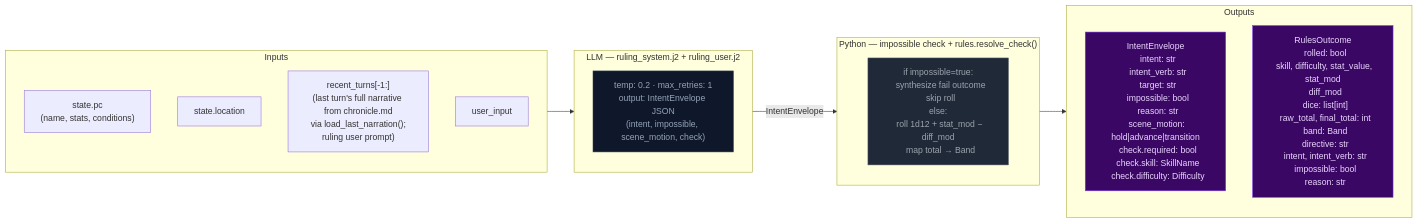
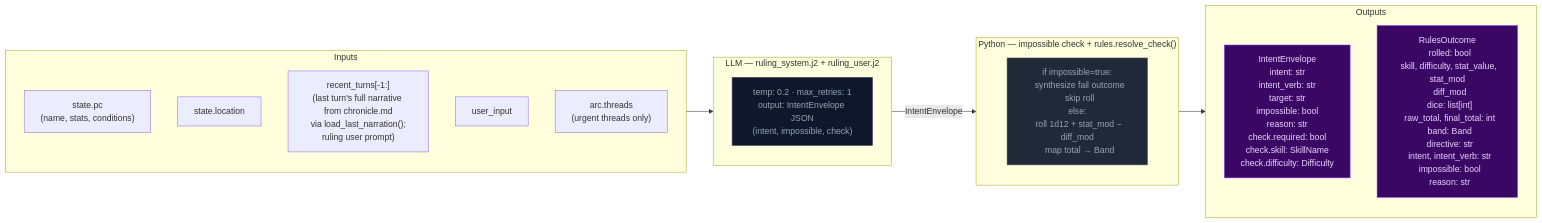
One commit to pww217/fablethread changed the first of 3 diagrams in docs/architecture/step0-ruling.md. Above: the diagram before and after it, drawn with Mermaid. The commit also changed other lines of this file and 6 other files, not shown here.

````diff
--- a/docs/architecture/step0-ruling.md
+++ b/docs/architecture/step0-ruling.md
@@ -8,31 +8,32 @@
 ```mermaid
 flowchart LR
     classDef stageRules fill:#4c1d95,color:#ddd6fe,stroke:#7c3aed
     classDef llmNode    fill:#0f172a,color:#94a3b8,stroke:#334155
     classDef pyNode     fill:#1f2937,color:#9ca3af,stroke:#4b5563
     classDef outNode    fill:#3b0764,color:#e9d5ff,stroke:#7c3aed
 
     subgraph IN["Inputs"]
         I1["state.pc<br>(name, stats, conditions)"]
         I2["state.location"]
         I3["recent_turns[-1:]<br>(last turn's full narrative from chronicle.md<br>via load_last_narration();<br>ruling user prompt)"]
         I4["user_input"]
+        I5["arc.threads<br>(urgent threads only)"]
     end
 
     subgraph LLM0["LLM — ruling_system.j2 + ruling_user.j2"]
-        L0["temp: 0.2 · max_retries: 1<br>output: IntentEnvelope JSON<br>(intent, impossible, scene_motion, check)"]:::llmNode
+        L0["temp: 0.2 · max_retries: 1<br>output: IntentEnvelope JSON<br>(intent, impossible, check)"]:::llmNode
     end
 
     subgraph PYRES["Python — impossible check + rules.resolve_check()"]
         P0["if impossible=true:<br>  synthesize fail outcome<br>  skip roll<br>else:<br>  roll 1d12 + stat_mod − diff_mod<br>  map total → Band"]:::pyNode
     end
 
     subgraph OUT["Outputs"]
-        O1["IntentEnvelope<br>  intent: str<br>  intent_verb: str<br>  target: str<br>  impossible: bool<br>  reason: str<br>  scene_motion: hold|advance|transition<br>  check.required: bool<br>  check.skill: SkillName<br>  check.difficulty: Difficulty"]:::outNode
+        O1["IntentEnvelope<br>  intent: str<br>  intent_verb: str<br>  target: str<br>  impossible: bool<br>  reason: str<br>  check.required: bool<br>  check.skill: SkillName<br>  check.difficulty: Difficulty"]:::outNode
         O2["RulesOutcome<br>  rolled: bool<br>  skill, difficulty, stat_value, stat_mod<br>  diff_mod<br>  dice: list[int]<br>  raw_total, final_total: int<br>  band: Band<br>  directive: str<br>  intent, intent_verb: str<br>  impossible: bool<br>  reason: str"]:::outNode
     end
 
     IN --> LLM0
     LLM0 -- "IntentEnvelope" --> PYRES
     PYRES --> OUT
 ```
````
